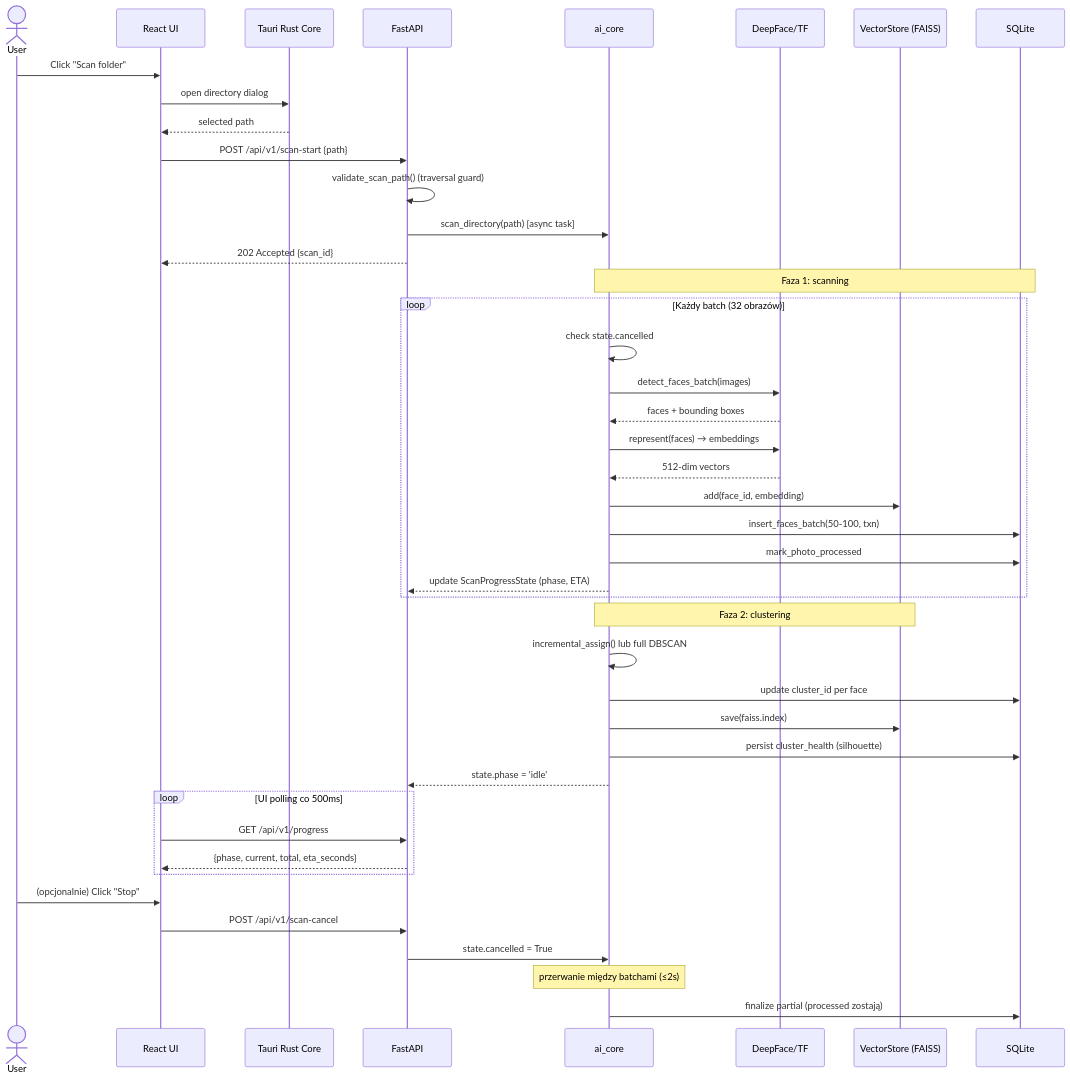
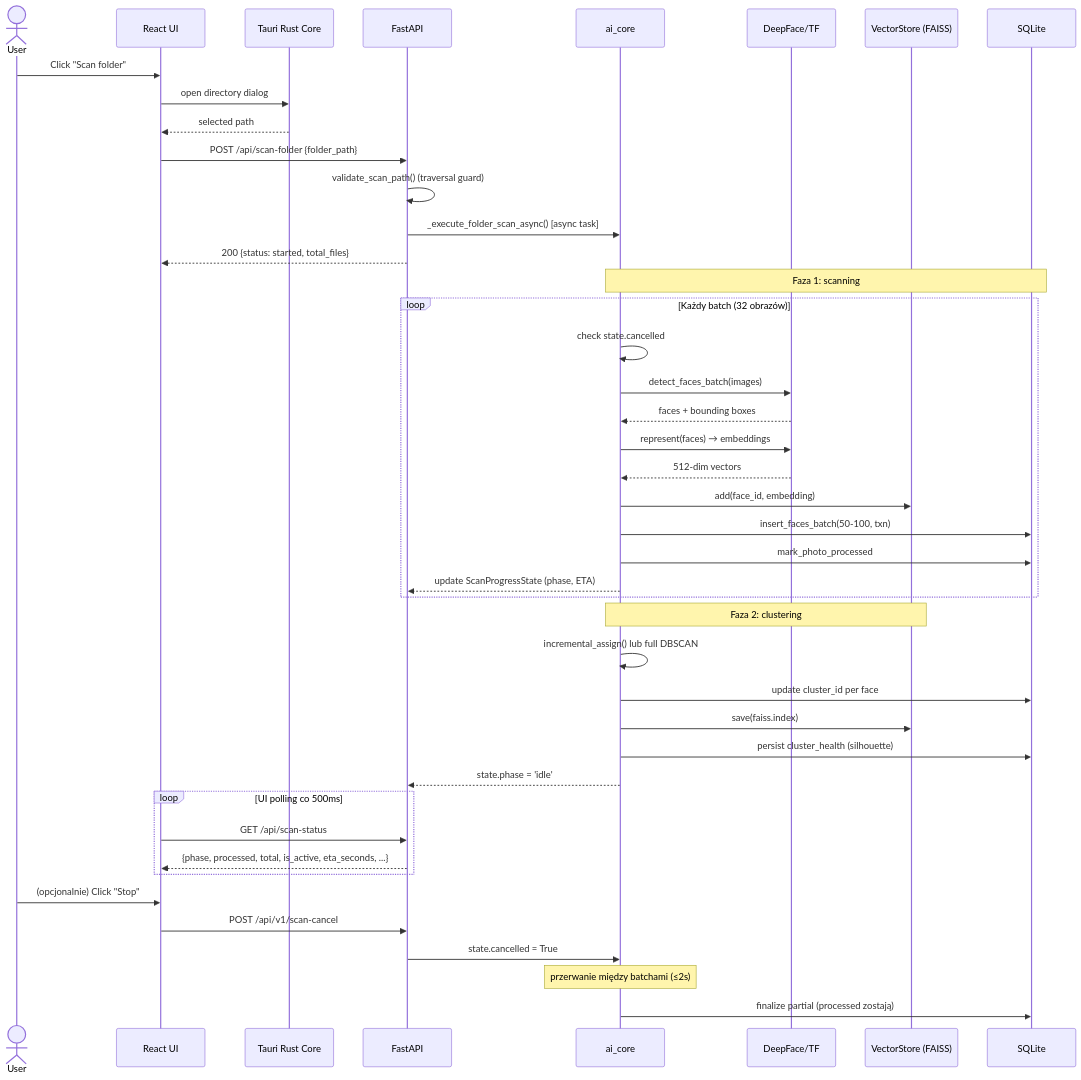
The second of 7 diagrams in docs/ARCHITECTURE.md (bialasq/photo-ai-detector), drawn with Mermaid before and after one commit. The commit also changed other lines of this file and 3 other files, not shown here.

Commit message:
docs: fix API drift in ARCHITECTURE, update README (AppData/Node20/GPU/v1), GAP statuses, add CONTRIBUTING (task 3.3.x)

````diff
--- a/docs/ARCHITECTURE.md
+++ b/docs/ARCHITECTURE.md
@@ -75,50 +79,50 @@
 ```mermaid
 sequenceDiagram
     actor User
     participant UI as React UI
     participant Rust as Tauri Rust Core
     participant API as FastAPI
     participant AI as ai_core
     participant DF as DeepFace/TF
     participant VS as VectorStore (FAISS)
     participant DB as SQLite
 
     User->>UI: Click "Scan folder"
     UI->>Rust: open directory dialog
     Rust-->>UI: selected path
-    UI->>API: POST /api/v1/scan-start {path}
+    UI->>API: POST /api/scan-folder {folder_path}
     API->>API: validate_scan_path() (traversal guard)
-    API->>AI: scan_directory(path) [async task]
-    API-->>UI: 202 Accepted {scan_id}
+    API->>AI: _execute_folder_scan_async() [async task]
+    API-->>UI: 200 {status: started, total_files}
 
     Note over AI,DB: Faza 1: scanning
     loop Każdy batch (32 obrazów)
         AI->>AI: check state.cancelled
         AI->>DF: detect_faces_batch(images)
         DF-->>AI: faces + bounding boxes
         AI->>DF: represent(faces) → embeddings
         DF-->>AI: 512-dim vectors
         AI->>VS: add(face_id, embedding)
         AI->>DB: insert_faces_batch(50-100, txn)
         AI->>DB: mark_photo_processed
         AI-->>API: update ScanProgressState (phase, ETA)
     end
 
     Note over AI,VS: Faza 2: clustering
     AI->>AI: incremental_assign() lub full DBSCAN
     AI->>DB: update cluster_id per face
     AI->>VS: save(faiss.index)
     AI->>DB: persist cluster_health (silhouette)
     AI-->>API: state.phase = 'idle'
 
     loop UI polling co 500ms
-        UI->>API: GET /api/v1/progress
-        API-->>UI: {phase, current, total, eta_seconds}
+        UI->>API: GET /api/scan-status
+        API-->>UI: {phase, processed, total, is_active, eta_seconds, ...}
     end
 
     User->>UI: (opcjonalnie) Click "Stop"
     UI->>API: POST /api/v1/scan-cancel
     API->>AI: state.cancelled = True
     Note over AI: przerwanie między batchami (≤2s)
     AI->>DB: finalize partial (processed zostają)
 ```
````
